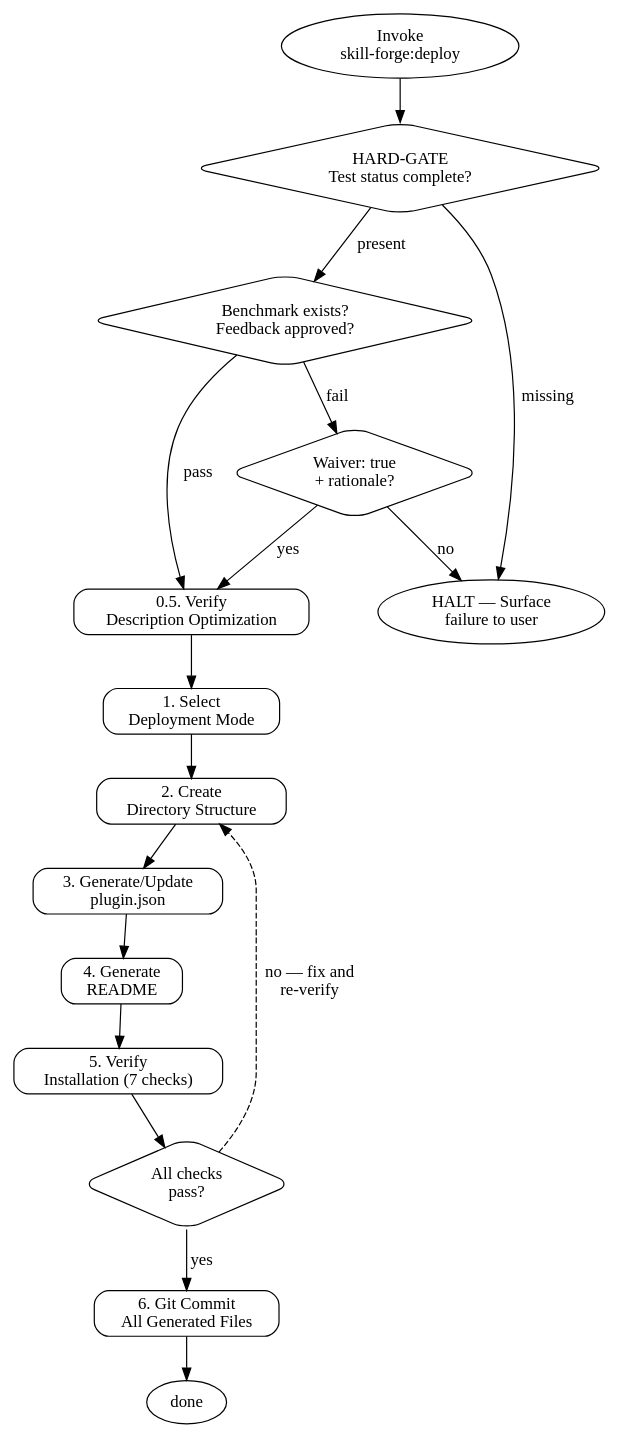
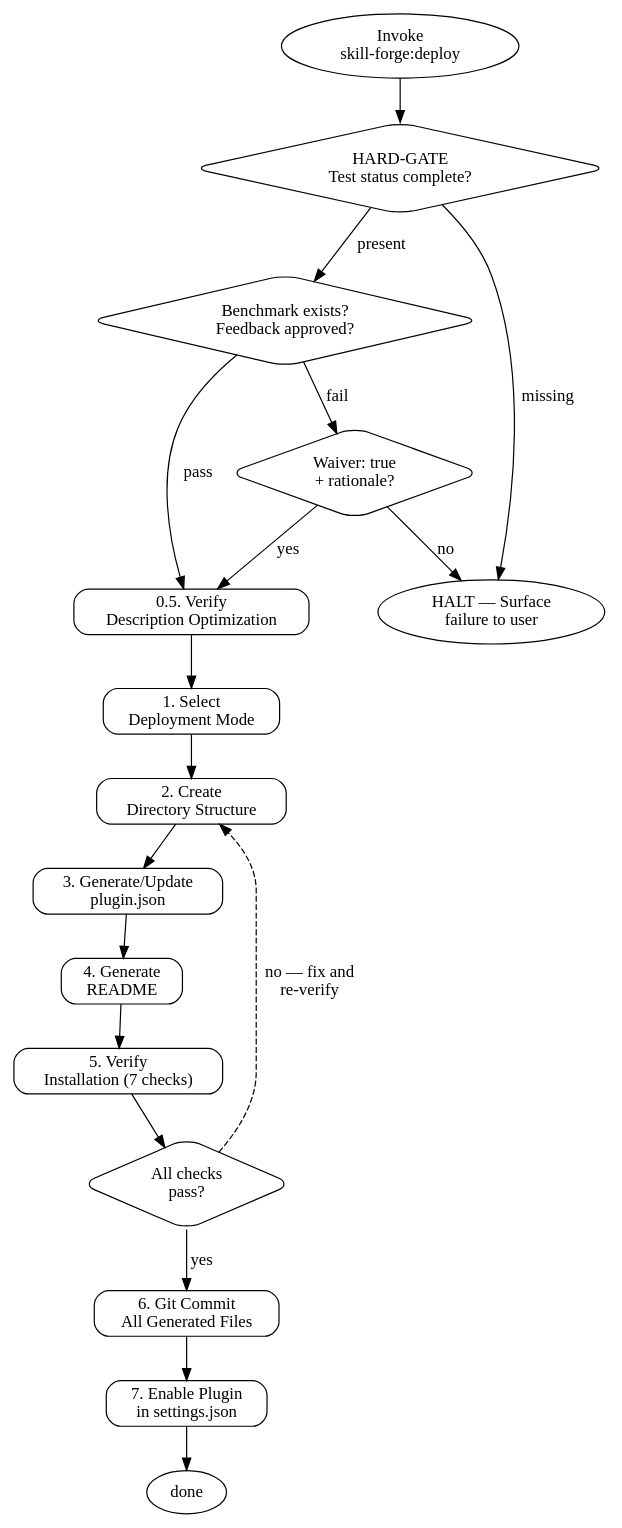
The diagram in plugins/skill-forge/skills/deploy/SKILL.md (sangyeon-bagelcode/skill-forge), drawn with Graphviz before and after one commit. The commit also changed other lines of this file, not shown here.

Commit message:
fix(deploy): add step 7 — enable plugin in settings.json after deployment
Previously the deploy skill did not register the plugin in enabledPlugins,
requiring manual settings.json editing after deploy.

````diff
--- a/plugins/skill-forge/skills/deploy/SKILL.md
+++ b/plugins/skill-forge/skills/deploy/SKILL.md
@@ -84,38 +86,40 @@
 ```graphviz
 digraph deploy_skill {
   rankdir=TB;
   node [shape=box style=rounded];
 
   START    [label="Invoke\nskill-forge:deploy" shape=oval];
   GATE     [label="HARD-GATE\nTest status complete?" shape=diamond];
   SCORES   [label="Benchmark exists?\nFeedback approved?" shape=diamond];
   WAIVER   [label="Waiver: true\n+ rationale?" shape=diamond];
   HALT     [label="HALT — Surface\nfailure to user" shape=oval];
   DESC     [label="0.5. Verify\nDescription Optimization"];
   MODE     [label="1. Select\nDeployment Mode"];
   STRUCT   [label="2. Create\nDirectory Structure"];
   PLUGIN   [label="3. Generate/Update\nplugin.json"];
   README   [label="4. Generate\nREADME"];
   VERIFY   [label="5. Verify\nInstallation (7 checks)"];
   PASS     [label="All checks\npass?" shape=diamond];
   COMMIT   [label="6. Git Commit\nAll Generated Files"];
+  ENABLE   [label="7. Enable Plugin\nin settings.json"];
   END      [label="done" shape=oval];
 
   START  -> GATE;
   GATE   -> SCORES  [label="present"];
   GATE   -> HALT    [label="missing"];
   SCORES -> DESC    [label="pass"];
   SCORES -> WAIVER  [label="fail"];
   WAIVER -> DESC    [label="yes"];
   WAIVER -> HALT    [label="no"];
   DESC   -> MODE;
   MODE   -> STRUCT;
   STRUCT -> PLUGIN;
   PLUGIN -> README;
   README -> VERIFY;
   VERIFY -> PASS;
   PASS   -> COMMIT  [label="yes"];
   PASS   -> STRUCT  [label="no — fix and\nre-verify" style=dashed];
-  COMMIT -> END;
+  COMMIT -> ENABLE;
+  ENABLE -> END;
 }
 ```
````
